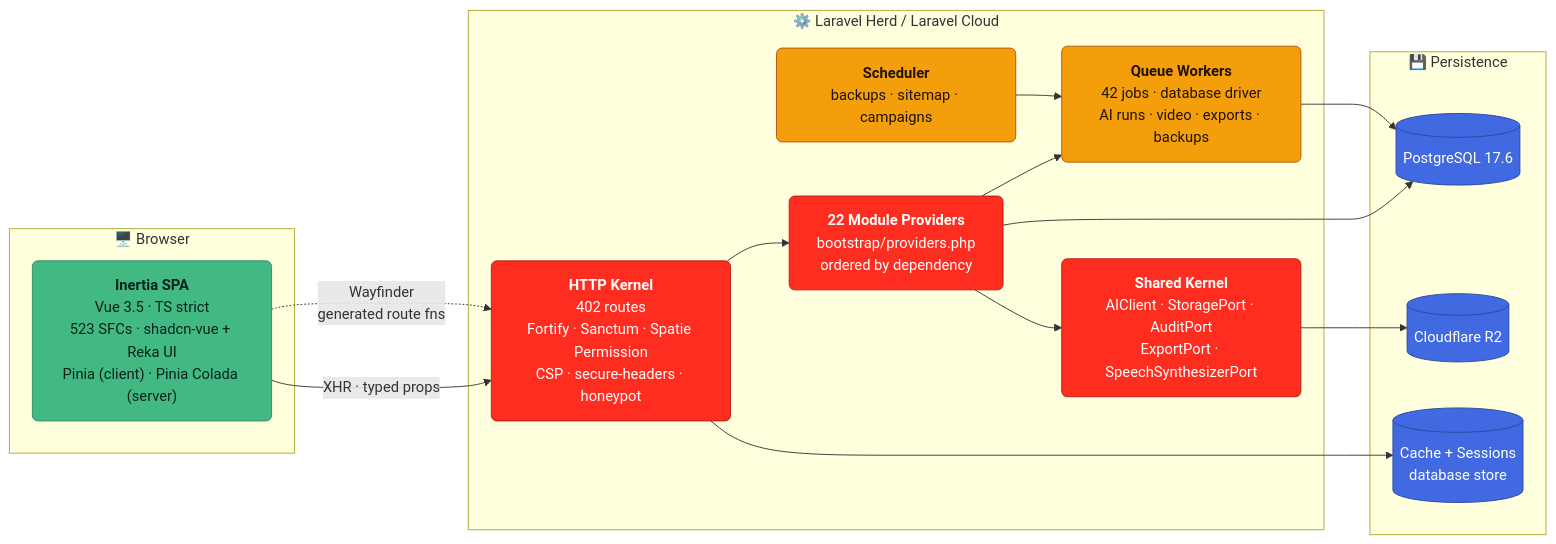
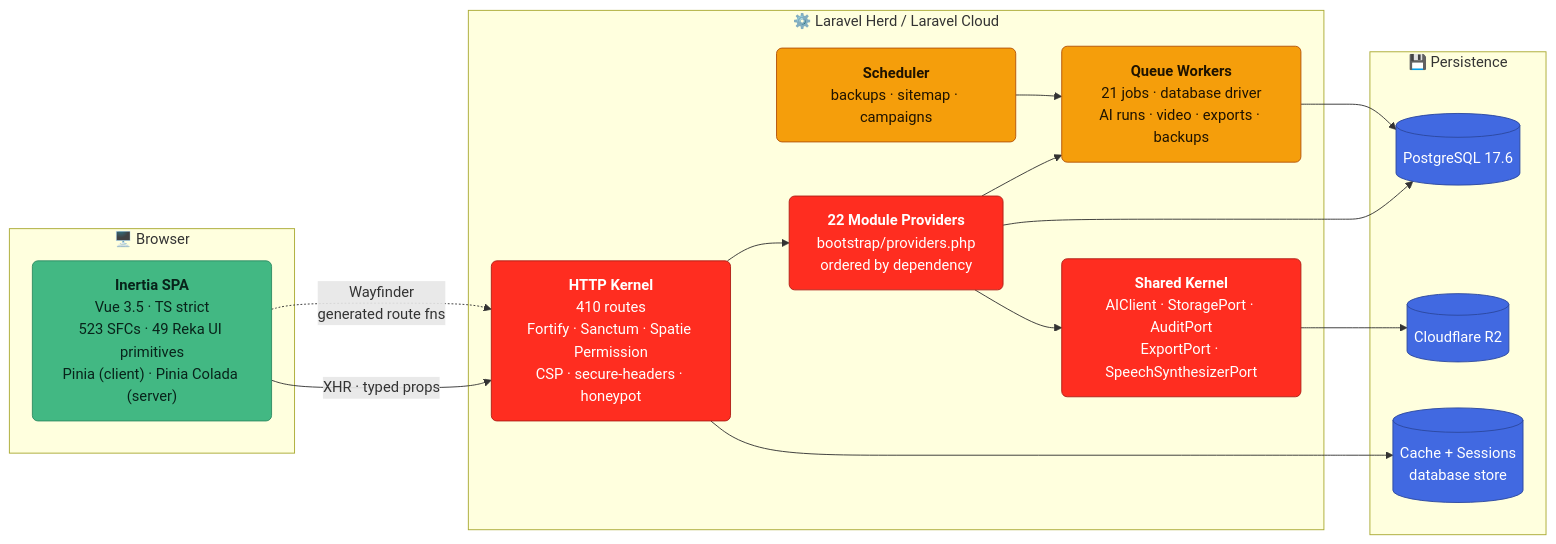
One commit to argenisdev692/argenis-hub changed the second of 8 diagrams in README.md. Above: the diagram before and after it, drawn with Mermaid. The commit also changed other lines of this file and 28 other files, not shown here.

````diff
--- a/README.md
+++ b/README.md
@@ -121,36 +128,36 @@
 ```mermaid
 flowchart LR
     classDef ui fill:#42B883,stroke:#2F8C63,color:#08231A,rx:6,ry:6
     classDef app fill:#FF2D20,stroke:#B01F16,color:#fff,rx:6,ry:6
     classDef work fill:#F59E0B,stroke:#B45309,color:#1F1300,rx:6,ry:6
     classDef data fill:#4169E1,stroke:#2C48A0,color:#fff,rx:6,ry:6
 
     subgraph Browser["🖥️ Browser"]
-        SPA["<b>Inertia SPA</b><br/>Vue 3.5 · TS strict<br/>523 SFCs · shadcn-vue + Reka UI<br/>Pinia (client) · Pinia Colada (server)"]:::ui
+        SPA["<b>Inertia SPA</b><br/>Vue 3.5 · TS strict<br/>523 SFCs · 49 Reka UI primitives<br/>Pinia (client) · Pinia Colada (server)"]:::ui
     end
 
     subgraph Server["⚙️ Laravel Herd / Laravel Cloud"]
-        HTTP["<b>HTTP Kernel</b><br/>402 routes<br/>Fortify · Sanctum · Spatie Permission<br/>CSP · secure-headers · honeypot"]:::app
+        HTTP["<b>HTTP Kernel</b><br/>410 routes<br/>Fortify · Sanctum · Spatie Permission<br/>CSP · secure-headers · honeypot"]:::app
         MOD["<b>22 Module Providers</b><br/>bootstrap/providers.php<br/>ordered by dependency"]:::app
         SH["<b>Shared Kernel</b><br/>AIClient · StoragePort · AuditPort<br/>ExportPort · SpeechSynthesizerPort"]:::app
-        Q["<b>Queue Workers</b><br/>42 jobs · database driver<br/>AI runs · video · exports · backups"]:::work
+        Q["<b>Queue Workers</b><br/>21 jobs · database driver<br/>AI runs · video · exports · backups"]:::work
         SCH["<b>Scheduler</b><br/>backups · sitemap · campaigns"]:::work
     end
 
     subgraph Data["💾 Persistence"]
         DB[("PostgreSQL 17.6")]:::data
         OBJ[("Cloudflare R2")]:::data
         CACHE[("Cache + Sessions<br/>database store")]:::data
     end
 
     SPA -->|"XHR · typed props"| HTTP
     HTTP --> MOD
     MOD --> SH
     MOD --> Q
     SCH --> Q
     MOD --> DB
     Q --> DB
     SH --> OBJ
     HTTP --> CACHE
     SPA -.->|"Wayfinder<br/>generated route fns"| HTTP
 ```
````
